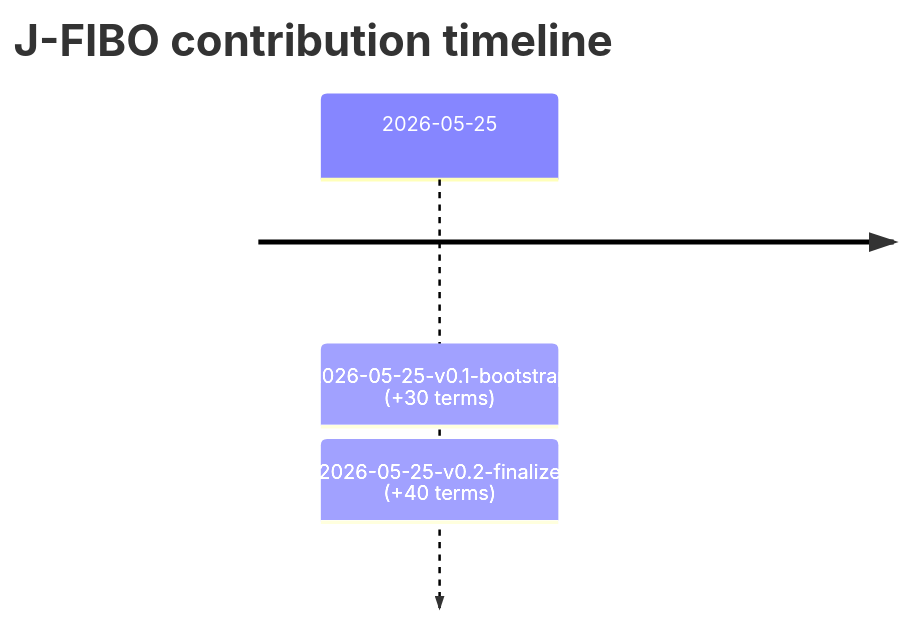
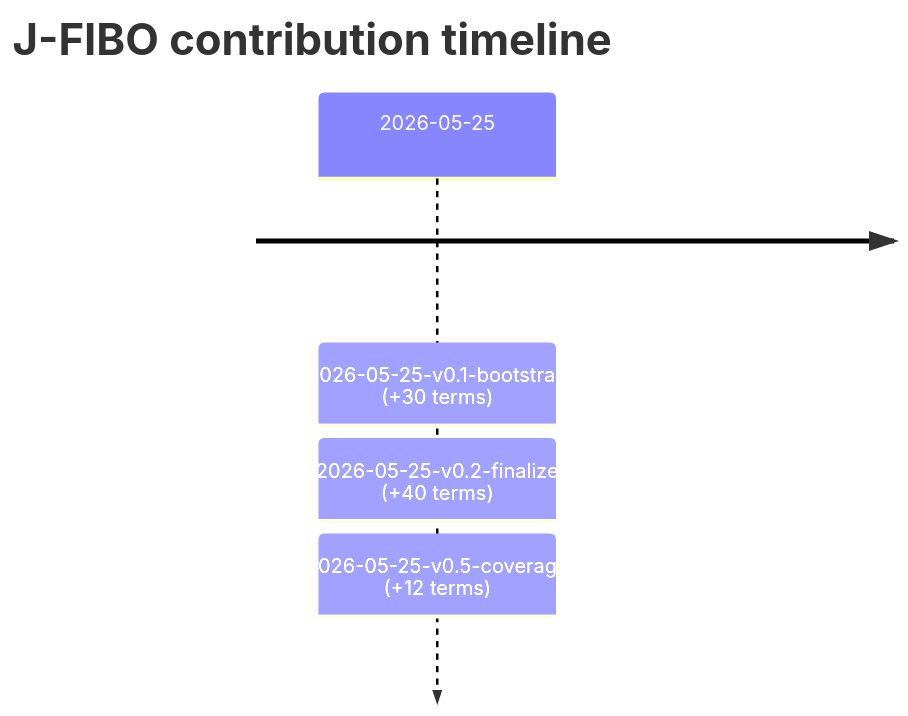
One commit to anthony0727/jpfibo changed the diagram in docs/building-trajectory.md. Above: the diagram before and after it, drawn with Mermaid. The commit also changed other lines of this file and 33 other files, not shown here.

````diff
--- a/docs/building-trajectory.md
+++ b/docs/building-trajectory.md
@@ -44,7 +52,8 @@
 ```mermaid
 timeline
     title J-FIBO contribution timeline
     2026-05-25
         : 2026-05-25-v0.1-bootstrap (+30 terms)
         : 2026-05-25-v0.2-finalize (+40 terms)
+        : 2026-05-25-v0.5-coverage (+12 terms)
 ```
````
